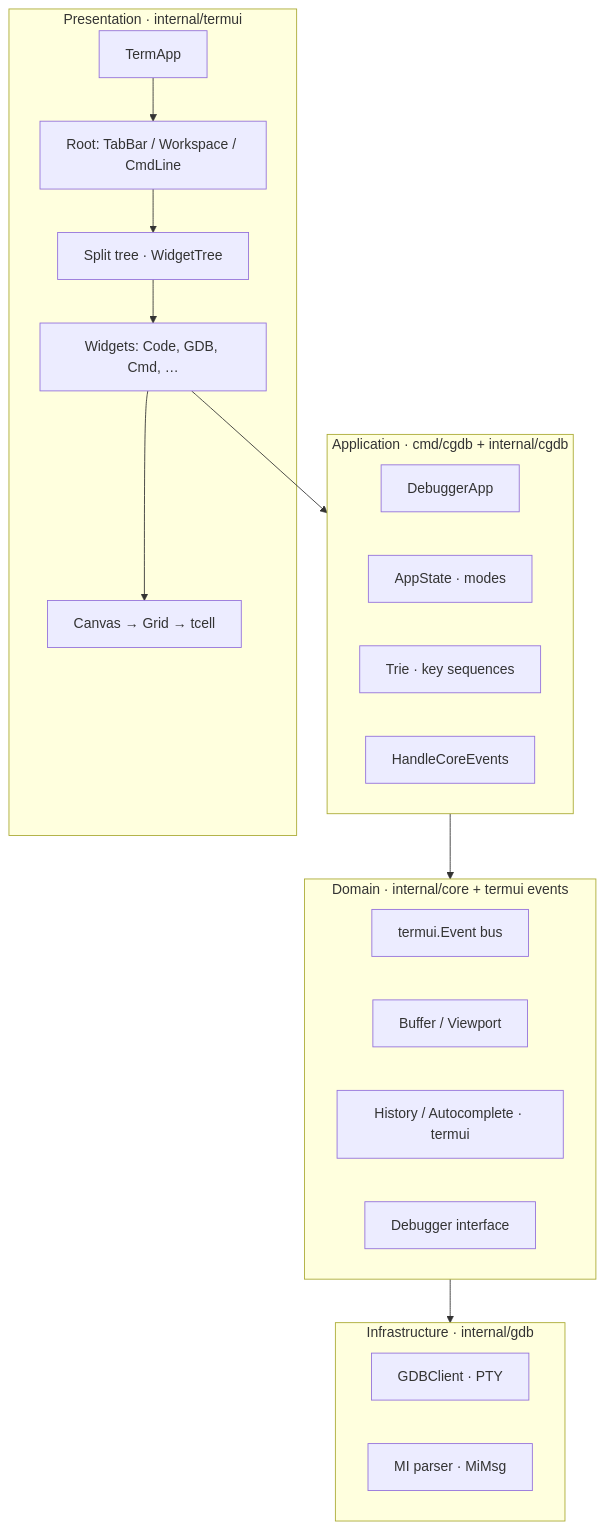
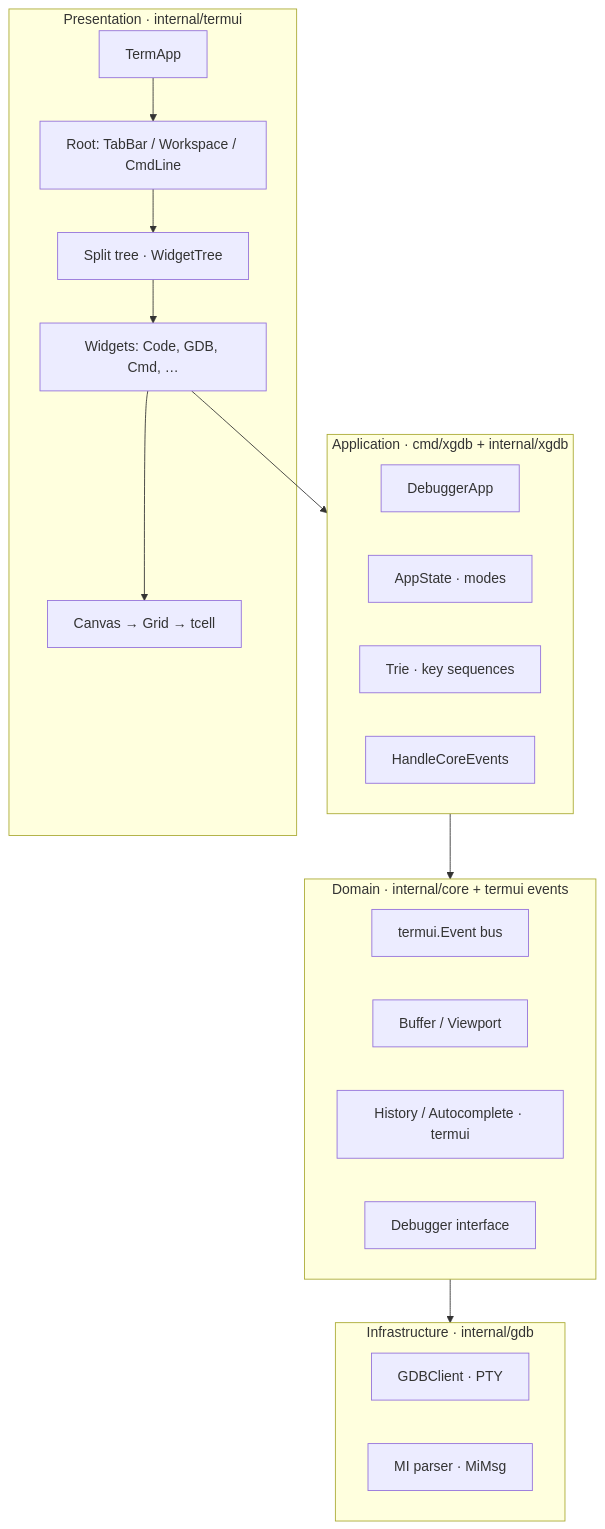
The second of 7 diagrams in docs/ARCHITECTURE.md (yairgd/gdbforge), drawn with Mermaid before and after one commit. The commit also changed other lines of this file and 67 other files, not shown here.

````diff
--- a/docs/ARCHITECTURE.md
+++ b/docs/ARCHITECTURE.md
@@ -357,34 +357,34 @@
 ```mermaid
 flowchart TB
     subgraph Presentation["Presentation · internal/termui"]
         TermApp["TermApp"]
         RootLayout["Root: TabBar / Workspace / CmdLine"]
         SplitTree["Split tree · WidgetTree"]
         Widgets["Widgets: Code, GDB, Cmd, …"]
         Render["Canvas → Grid → tcell"]
     end
 
-    subgraph Application["Application · cmd/cgdb + internal/cgdb"]
+    subgraph Application["Application · cmd/xgdb + internal/xgdb"]
         DebuggerApp["DebuggerApp"]
         AppState["AppState · modes"]
         Trie["Trie · key sequences"]
         HandleCore["HandleCoreEvents"]
     end
 
     subgraph Domain["Domain · internal/core + termui events"]
         Events["termui.Event bus"]
         Buffer["Buffer / Viewport"]
         History["History / Autocomplete · termui"]
         DebuggerIF["Debugger interface"]
     end
 
     subgraph Infrastructure["Infrastructure · internal/gdb"]
         Client["GDBClient · PTY"]
         MI["MI parser · MiMsg"]
     end
 
     TermApp --> RootLayout --> SplitTree --> Widgets --> Render
     Widgets --> Application
     Application --> Domain
     Domain --> Infrastructure
 ```
````
